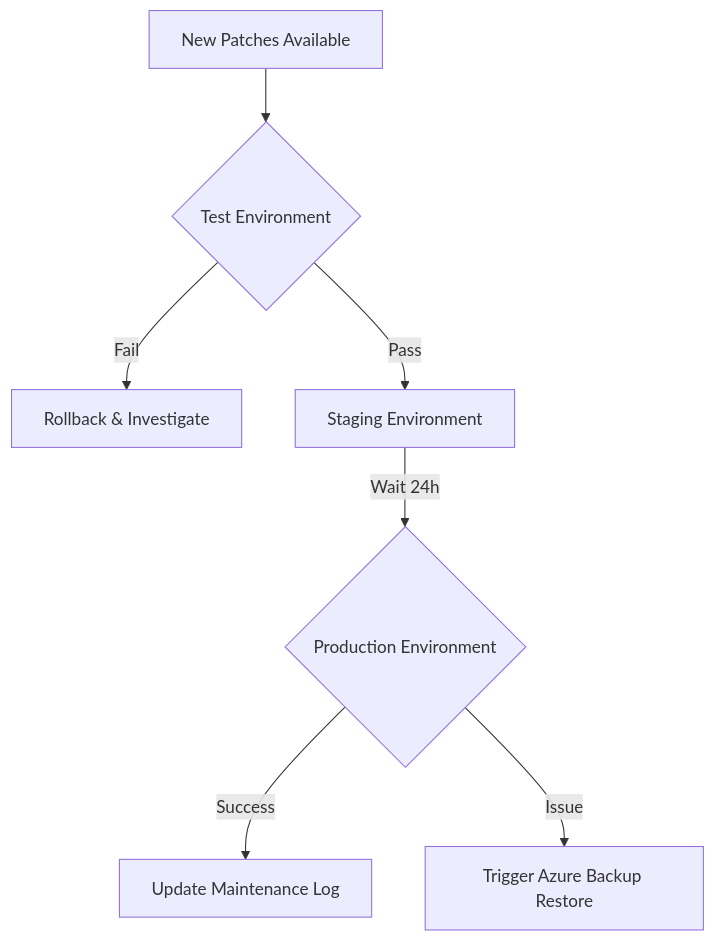
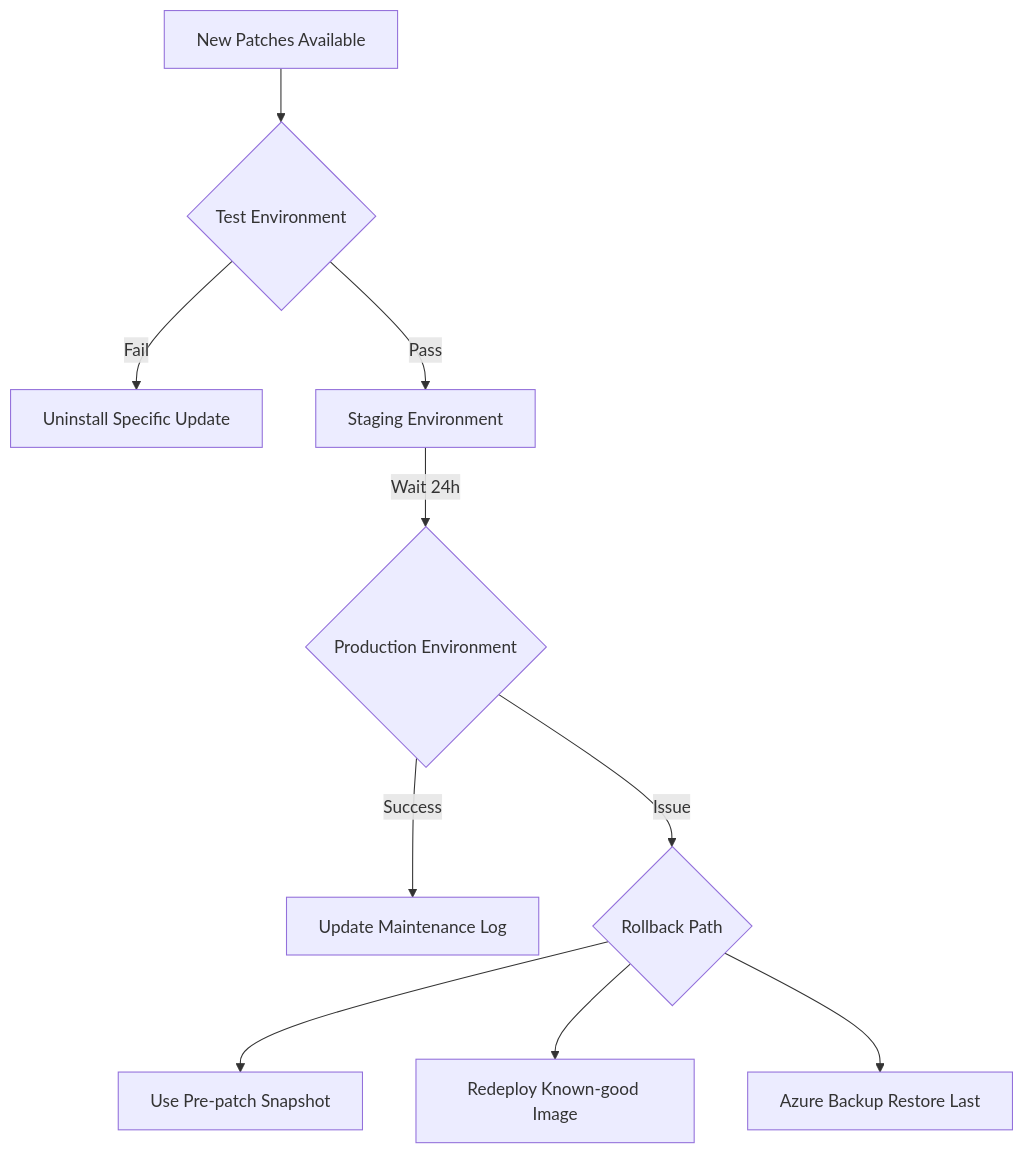
Before and after one commit to yeongseon/azure-virtual-machine-practical-guide: the diagram in docs/best-practices/patching-and-maintenance-best-practices.md, drawn with Mermaid. The commit also changed other lines of this file and 44 other files, not shown here.

````diff
--- a/docs/best-practices/patching-and-maintenance-best-practices.md
+++ b/docs/best-practices/patching-and-maintenance-best-practices.md
@@ -19,9 +31,12 @@
 ```mermaid
 graph TD
     A[New Patches Available] --> B{Test Environment}
-    B -->|Fail| C[Rollback & Investigate]
+    B -->|Fail| C[Uninstall Specific Update]
     B -->|Pass| D[Staging Environment]
     D -->|Wait 24h| E{Production Environment}
     E -->|Success| F[Update Maintenance Log]
-    E -->|Issue| G[Trigger Azure Backup Restore]
+    E -->|Issue| G{Rollback Path}
+    G --> H[Use Pre-patch Snapshot]
+    G --> I[Redeploy Known-good Image]
+    G --> J[Azure Backup Restore Last]
 ```
````
